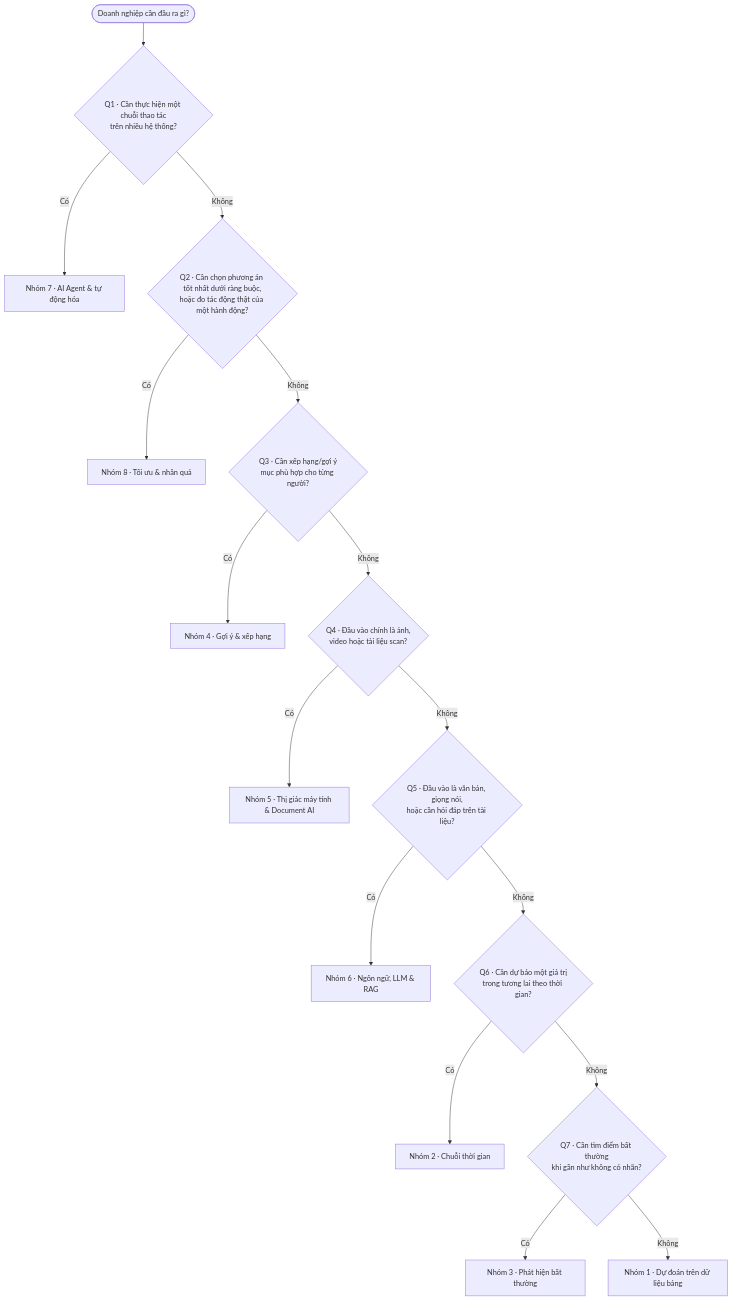
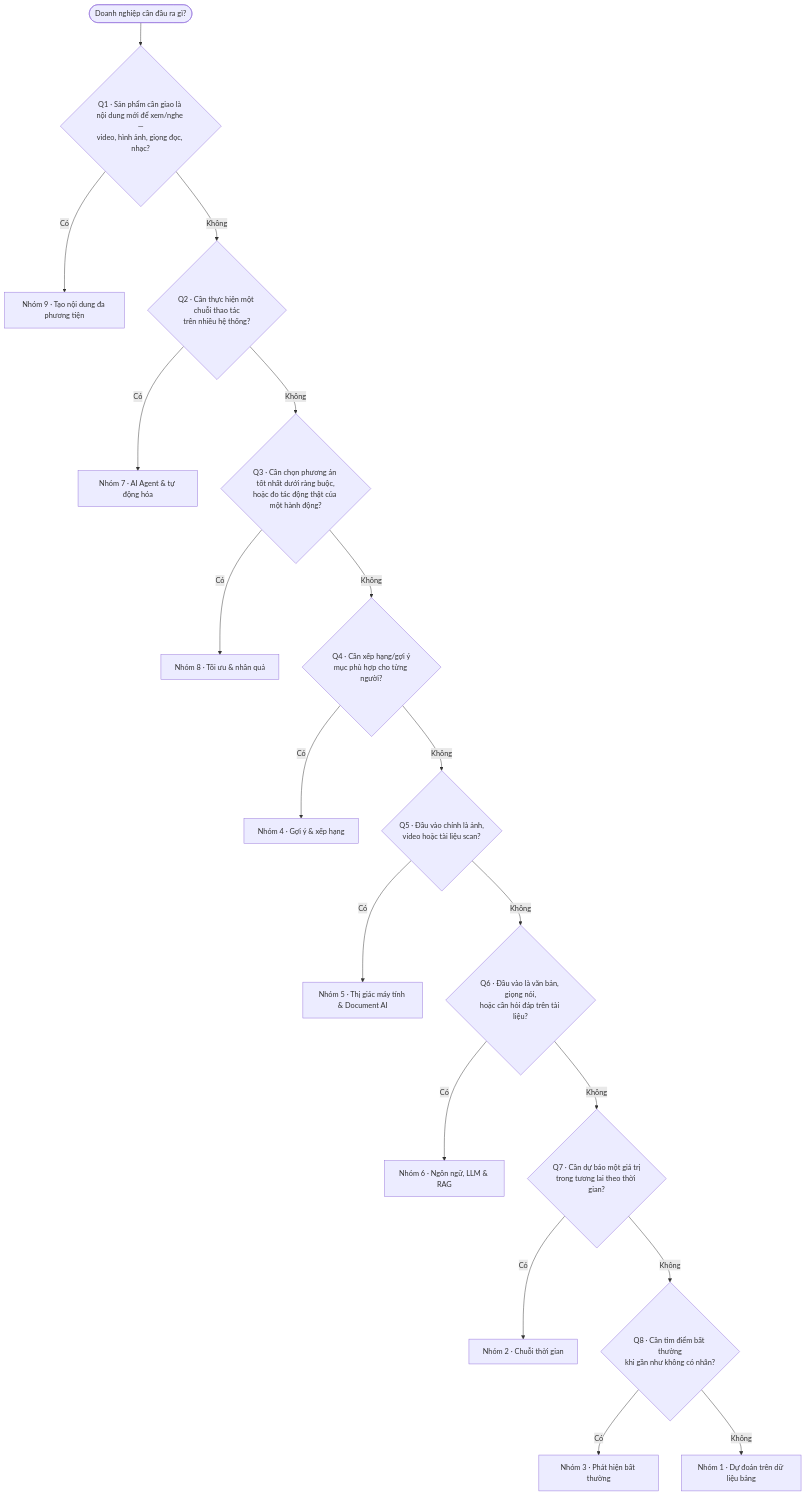
One commit to superken-python/ai-architecture changed the first of 2 diagrams in docs/01-problem-map/README.md. Above: the diagram before and after it, drawn with Mermaid. The commit also changed other lines of this file and 80 other files, not shown here.

````diff
--- a/docs/01-problem-map/README.md
+++ b/docs/01-problem-map/README.md
@@ -28,18 +38,20 @@
 ```mermaid
 flowchart TD
     S([Doanh nghiệp cần đầu ra gì?]) --> Q1
-    Q1{"Q1 · Cần thực hiện một chuỗi thao tác<br/>trên nhiều hệ thống?"} -- Có --> N7[Nhóm 7 · AI Agent & tự động hóa]
+    Q1{"Q1 · Sản phẩm cần giao là nội dung mới để xem/nghe —<br/>video, hình ảnh, giọng đọc, nhạc?"} -- Có --> N9[Nhóm 9 · Tạo nội dung đa phương tiện]
     Q1 -- Không --> Q2
-    Q2{"Q2 · Cần chọn phương án tốt nhất dưới ràng buộc,<br/>hoặc đo tác động thật của một hành động?"} -- Có --> N8[Nhóm 8 · Tối ưu & nhân quả]
+    Q2{"Q2 · Cần thực hiện một chuỗi thao tác<br/>trên nhiều hệ thống?"} -- Có --> N7[Nhóm 7 · AI Agent & tự động hóa]
     Q2 -- Không --> Q3
-    Q3{"Q3 · Cần xếp hạng/gợi ý<br/>mục phù hợp cho từng người?"} -- Có --> N4[Nhóm 4 · Gợi ý & xếp hạng]
+    Q3{"Q3 · Cần chọn phương án tốt nhất dưới ràng buộc,<br/>hoặc đo tác động thật của một hành động?"} -- Có --> N8[Nhóm 8 · Tối ưu & nhân quả]
     Q3 -- Không --> Q4
-    Q4{"Q4 · Đầu vào chính là ảnh,<br/>video hoặc tài liệu scan?"} -- Có --> N5[Nhóm 5 · Thị giác máy tính & Document AI]
+    Q4{"Q4 · Cần xếp hạng/gợi ý<br/>mục phù hợp cho từng người?"} -- Có --> N4[Nhóm 4 · Gợi ý & xếp hạng]
     Q4 -- Không --> Q5
-    Q5{"Q5 · Đầu vào là văn bản, giọng nói,<br/>hoặc cần hỏi đáp trên tài liệu?"} -- Có --> N6[Nhóm 6 · Ngôn ngữ, LLM & RAG]
+    Q5{"Q5 · Đầu vào chính là ảnh,<br/>video hoặc tài liệu scan?"} -- Có --> N5[Nhóm 5 · Thị giác máy tính & Document AI]
     Q5 -- Không --> Q6
-    Q6{"Q6 · Cần dự báo một giá trị<br/>trong tương lai theo thời gian?"} -- Có --> N2[Nhóm 2 · Chuỗi thời gian]
+    Q6{"Q6 · Đầu vào là văn bản, giọng nói,<br/>hoặc cần hỏi đáp trên tài liệu?"} -- Có --> N6[Nhóm 6 · Ngôn ngữ, LLM & RAG]
     Q6 -- Không --> Q7
-    Q7{"Q7 · Cần tìm điểm bất thường<br/>khi gần như không có nhãn?"} -- Có --> N3[Nhóm 3 · Phát hiện bất thường]
-    Q7 -- Không --> N1[Nhóm 1 · Dự đoán trên dữ liệu bảng]
+    Q7{"Q7 · Cần dự báo một giá trị<br/>trong tương lai theo thời gian?"} -- Có --> N2[Nhóm 2 · Chuỗi thời gian]
+    Q7 -- Không --> Q8
+    Q8{"Q8 · Cần tìm điểm bất thường<br/>khi gần như không có nhãn?"} -- Có --> N3[Nhóm 3 · Phát hiện bất thường]
+    Q8 -- Không --> N1[Nhóm 1 · Dự đoán trên dữ liệu bảng]
 ```
````
